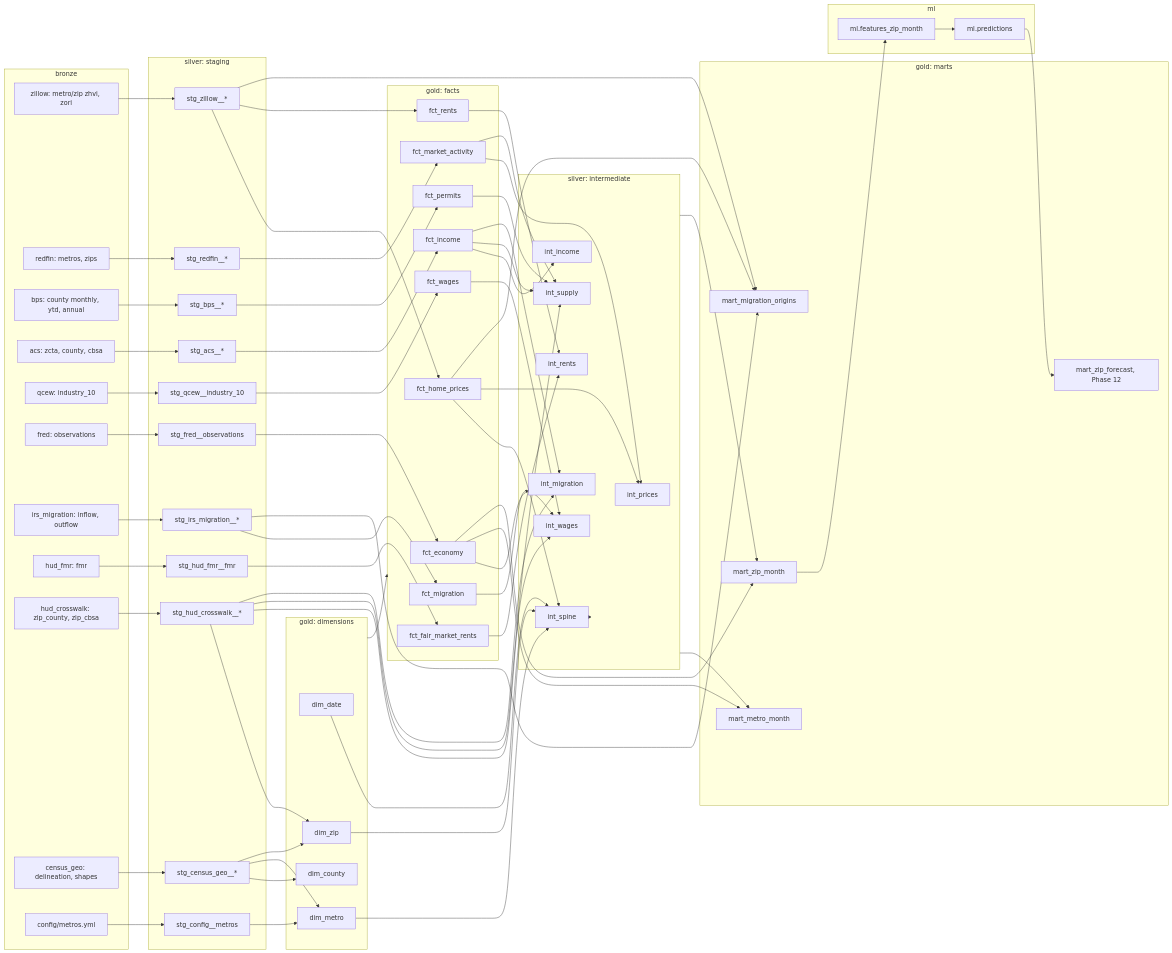
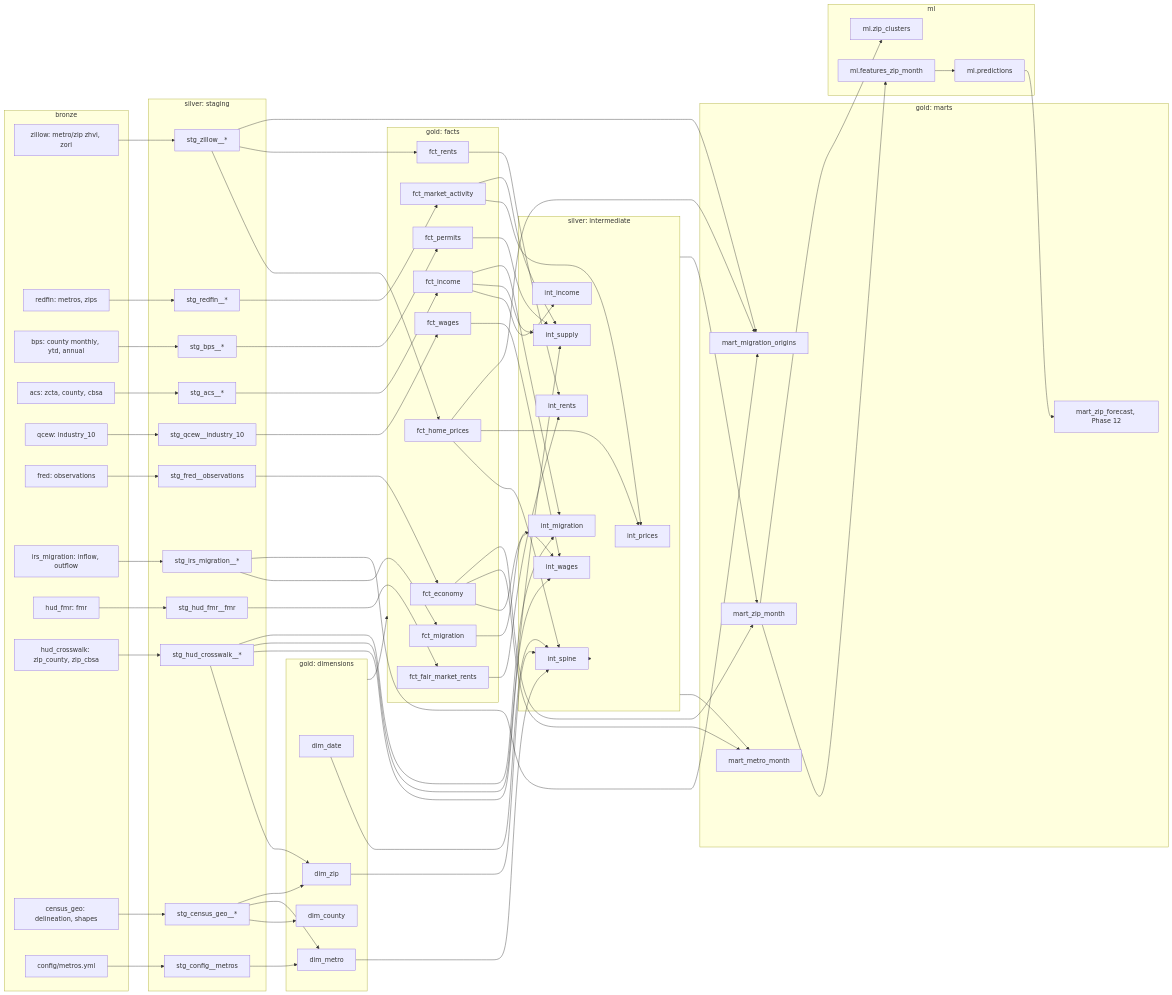
Before and after one commit to YearningAsian/metro-housing-affordability: the second of 2 diagrams in docs/warehouse_design.md, drawn with Mermaid. The commit also changed other lines of this file and 9 other files, not shown here.

````diff
--- a/docs/warehouse_design.md
+++ b/docs/warehouse_design.md
@@ -289,6 +289,7 @@
     subgraph ml
         features[ml.features_zip_month]
         predictions[ml.predictions]
+        clusters[ml.zip_clusters]
     end
 
     b_zillow --> s_zillow
@@ -352,4 +353,5 @@
     mart_zip_month --> features
     features --> predictions
     predictions --> mart_zip_forecast
+    mart_zip_month --> clusters
 ```
````
